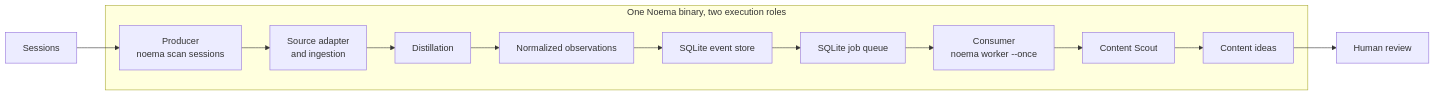
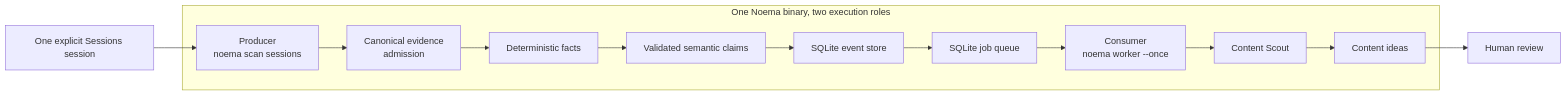
The diagram in docs/architecture.md (ferueda/noema), drawn with Mermaid before and after one commit. The commit also changed other lines of this file and 6 other files, not shown here.

Commit message:
docs: lock staged Noema roadmap

````diff
--- a/docs/architecture.md
+++ b/docs/architecture.md
@@ -85,29 +131,29 @@
 ```mermaid
 flowchart LR
-    S["Sessions"]
+    S["One explicit Sessions session"]
     H["Human review"]
 
     subgraph N["One Noema binary, two execution roles"]
         SCAN["Producer<br/>noema scan sessions"]
-        ING["Source adapter<br/>and ingestion"]
-        DIST["Distillation"]
-        KNOW["Normalized observations"]
+        ADMIT["Canonical evidence<br/>admission"]
+        FACTS["Deterministic facts"]
+        CLAIMS["Validated semantic claims"]
         EVENTS["SQLite event store"]
         QUEUE["SQLite job queue"]
         WORKER["Consumer<br/>noema worker --once"]
         SCOUT["Content Scout"]
         IDEAS["Content ideas"]
 
-        SCAN --> ING
-        ING --> DIST
-        DIST --> KNOW
-        KNOW --> EVENTS
+        SCAN --> ADMIT
+        ADMIT --> FACTS
+        FACTS --> CLAIMS
+        CLAIMS --> EVENTS
         EVENTS --> QUEUE
         QUEUE --> WORKER
         WORKER --> SCOUT
         SCOUT --> IDEAS
     end
 
     S --> SCAN
     IDEAS --> H
 ```
````
